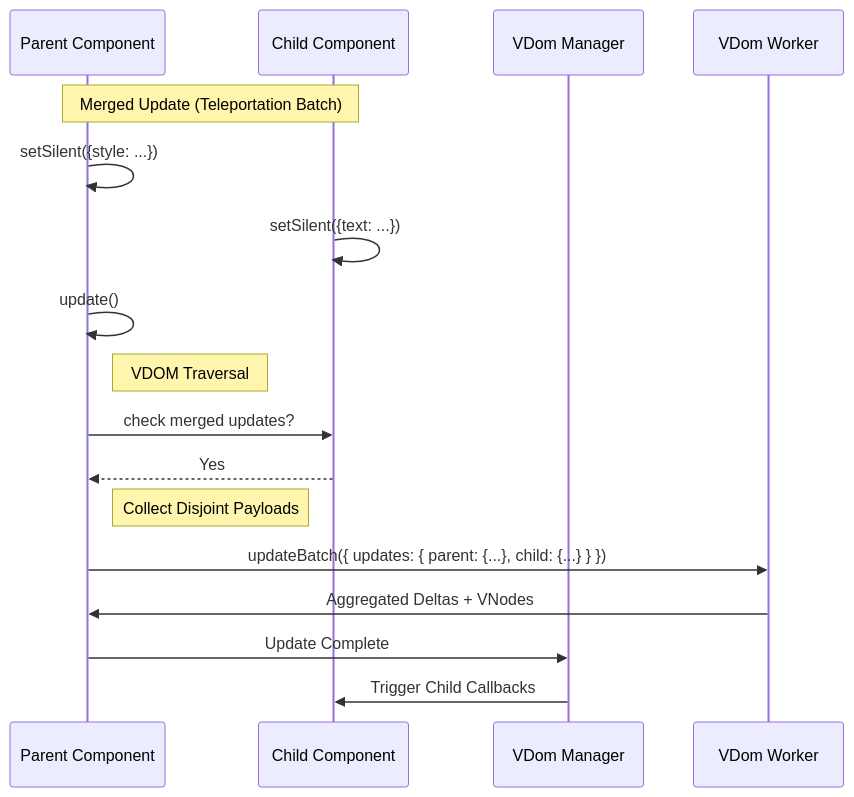
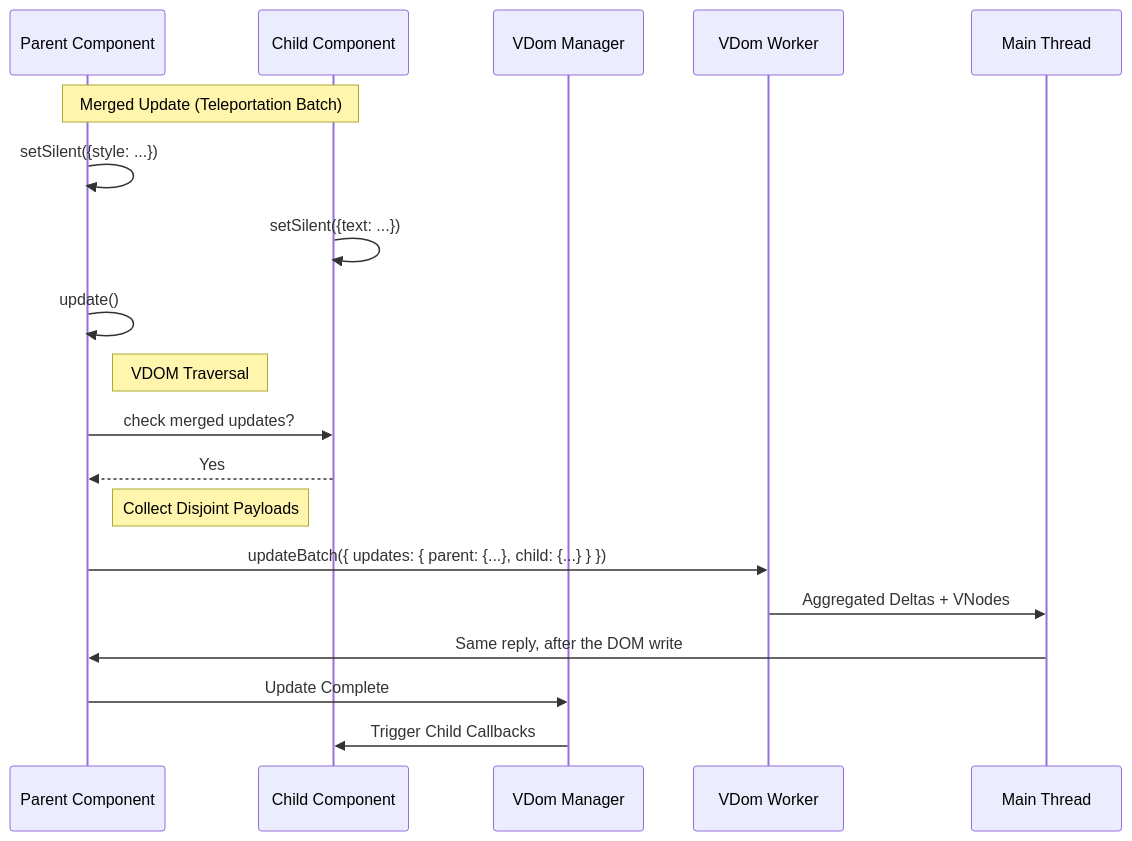
One commit to neomjs/neo changed the second of 3 diagrams in learn/guides/fundamentals/AsymmetricUpdates.md. Above: the diagram before and after it, drawn with Mermaid. The commit also changed other lines of this file and 14 other files, not shown here.

First line of the commit message:
docs(vdom): engine guides for the App worker, VDom worker and Main thread (#22189)

````diff
--- a/learn/guides/fundamentals/AsymmetricUpdates.md
+++ b/learn/guides/fundamentals/AsymmetricUpdates.md
@@ -79,26 +81,28 @@
 ```mermaid
 sequenceDiagram
     participant P as Parent Component
     participant C as Child Component
     participant M as VDom Manager
     participant VW as VDom Worker
-    
+    participant MT as Main Thread
+
     Note over P, C: Merged Update (Teleportation Batch)
 
     P->>P: setSilent({style: ...})
     C->>C: setSilent({text: ...})
-    
+
     P->>P: update()
-    
+
     Note right of P: VDOM Traversal
     P->>C: check merged updates?
     C-->>P: Yes
-    
+
     Note right of P: Collect Disjoint Payloads
-    
+
     P->>VW: updateBatch({ updates: { parent: {...}, child: {...} } })
-    
-    VW->>P: Aggregated Deltas + VNodes
+
+    VW->>MT: Aggregated Deltas + VNodes
+    MT->>P: Same reply, after the DOM write
     P->>M: Update Complete
     M->>C: Trigger Child Callbacks
 ```
````
